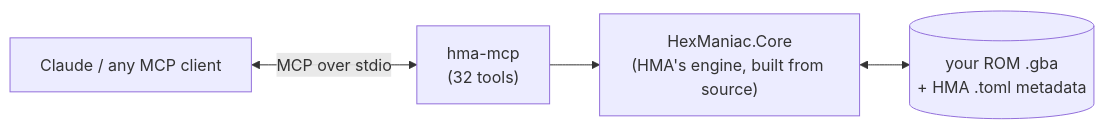
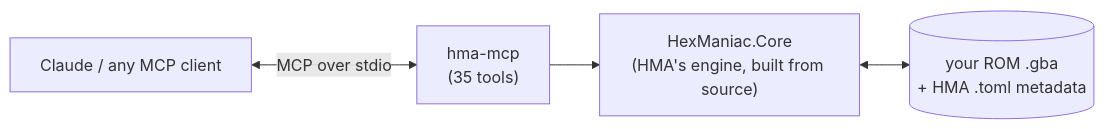
One commit to dewayneku/hma-mcp changed the diagram in README.md. Above: the diagram before and after it, drawn with Mermaid. The commit also changed other lines of this file and 7 other files, not shown here.

````diff
--- a/README.md
+++ b/README.md
@@ -143,6 +145,6 @@
 ```mermaid
 flowchart LR
-    A["Claude / any MCP client"] <-- "MCP over stdio" --> B["hma-mcp<br/>(32 tools)"]
+    A["Claude / any MCP client"] <-- "MCP over stdio" --> B["hma-mcp<br/>(35 tools)"]
     B --> C["HexManiac.Core<br/>(HMA's engine, built from source)"]
     C <--> D[("your ROM .gba<br/>+ HMA .toml metadata")]
 ```
````
